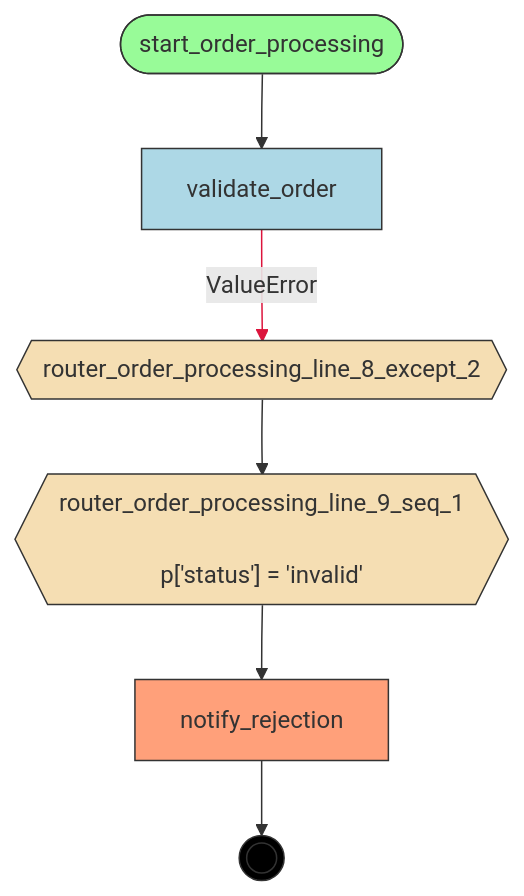
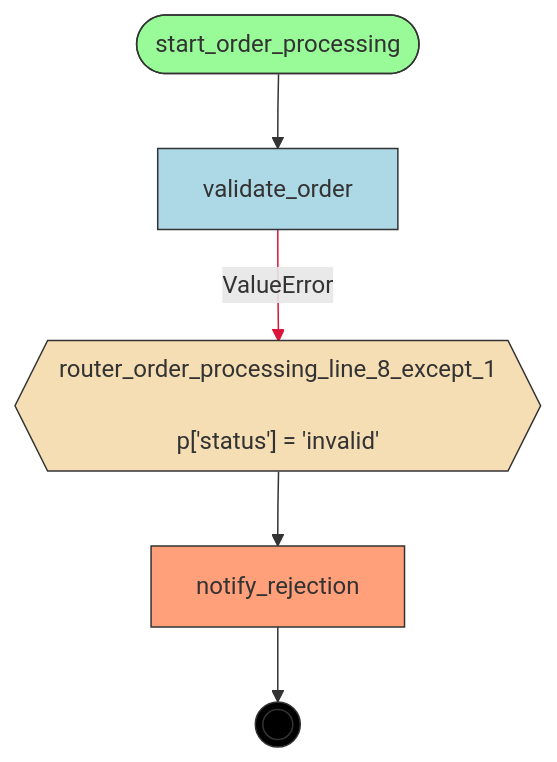
Before and after one commit to deliveryhero/asya: the diagram in examples/flows/compiled/try_except_simple/flow.mmd, drawn with Mermaid. The commit also changed 139 other files, not shown here.

Commit message:
chore: recompile all flows with int/float types in manifests

```diff
--- a/examples/flows/compiled/try_except_simple/flow.mmd
+++ b/examples/flows/compiled/try_except_simple/flow.mmd
@@ -1,27 +1,25 @@
 flowchart TD
     %% Flow: order_processing
 
     notify_rejection[notify_rejection]
-    router_order_processing_line_8_except_2{{router_order_processing_line_8_except_2}}
-    router_order_processing_line_9_seq_1{{"router_order_processing_line_9_seq_1<br/><br/>p['status'] = 'invalid'"}}
+    router_order_processing_line_8_except_1{{"router_order_processing_line_8_except_1<br/><br/>p['status'] = 'invalid'"}}
     start_order_processing([start_order_processing])
     validate_order[validate_order]
     __end__((( )))
 
     start_order_processing --> validate_order
-    router_order_processing_line_9_seq_1 --> notify_rejection
-    router_order_processing_line_8_except_2 --> router_order_processing_line_9_seq_1
-    validate_order -->|"ValueError"| router_order_processing_line_8_except_2
+    router_order_processing_line_8_except_1 --> notify_rejection
+    validate_order -->|"ValueError"| router_order_processing_line_8_except_1
     notify_rejection --> __end__
 
     classDef start fill:#98FB98,stroke:#333
     classDef endnode fill:#FFA07A,stroke:#333
     classDef router fill:#F5DEB3,stroke:#333
     classDef handler fill:#ADD8E6,stroke:#333
     classDef endpoint fill:#000,stroke:#333,color:#fff
     class start_order_processing start
     class notify_rejection endnode
-    class router_order_processing_line_8_except_2,router_order_processing_line_9_seq_1 router
+    class router_order_processing_line_8_except_1 router
     class validate_order handler
     class __end__ endpoint
-    linkStyle 3 stroke:#DC143C
+    linkStyle 2 stroke:#DC143C
```
